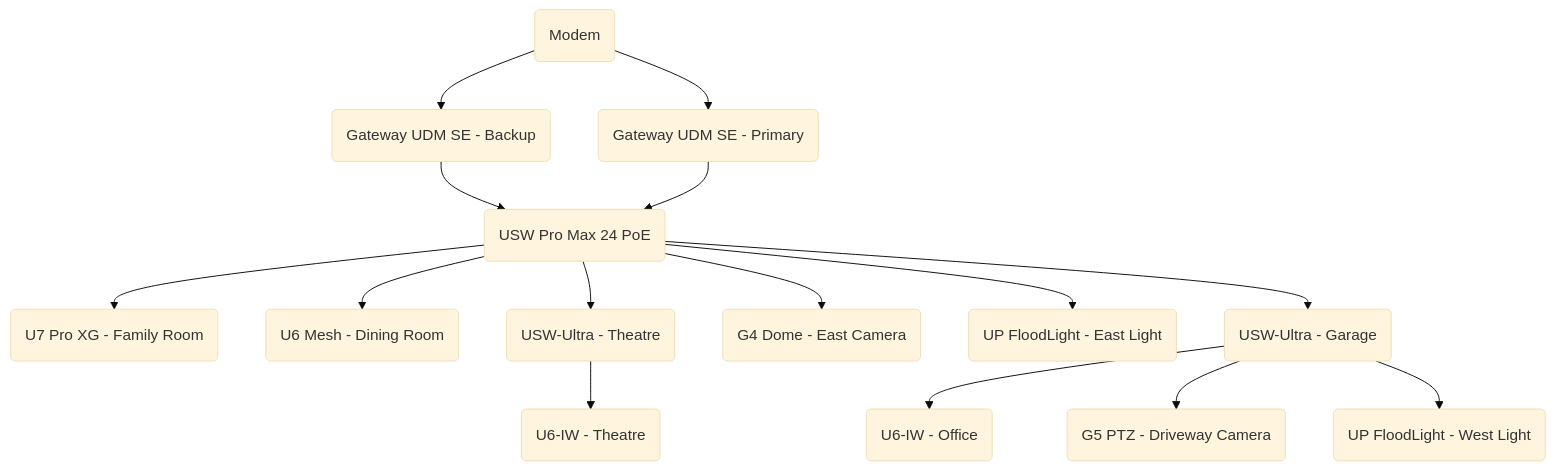
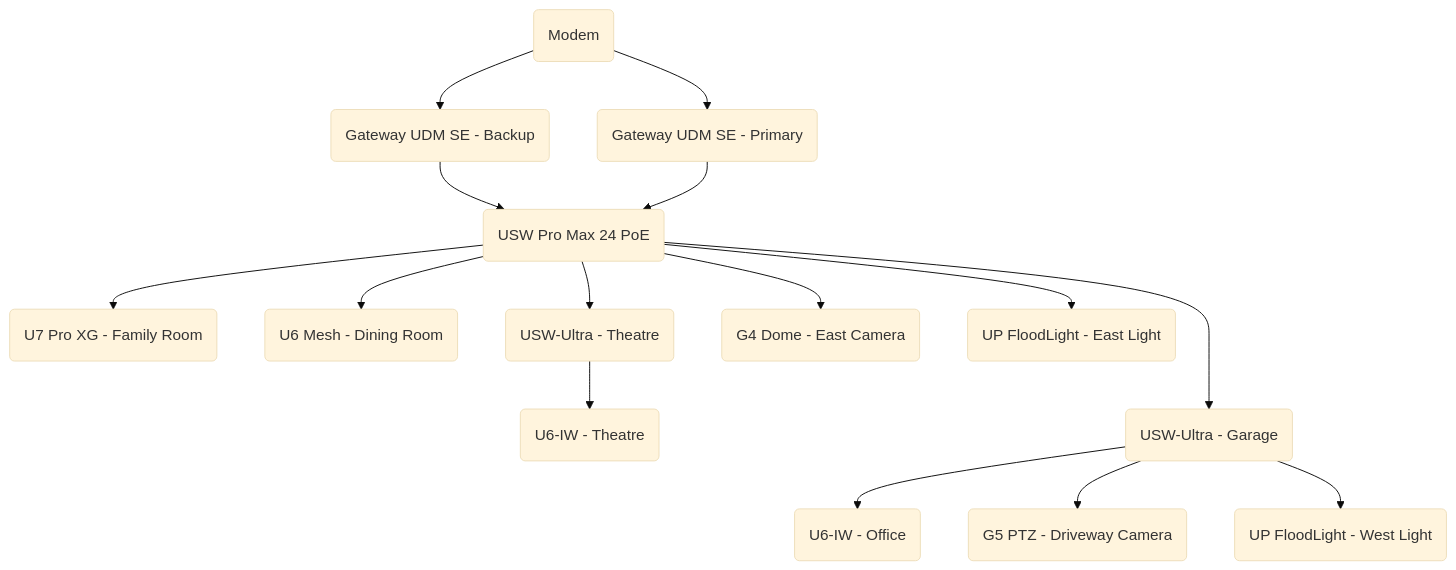
The third of 3 diagrams in README.md (jaredfiorali/infrastructure), drawn with Mermaid (base theme) before and after one commit. The commit also changed other lines of this file, not shown here.

````diff
--- a/README.md
+++ b/README.md
@@ -179,17 +181,17 @@
 ```mermaid
 graph TD
     A(Modem) --> B(Gateway UDM SE - Backup)
     A(Modem) --> C(Gateway UDM SE - Primary)
     B(Gateway UDM SE - Backup) --> D(USW Pro Max 24 PoE)
     C(Gateway UDM SE - Primary) --> D(USW Pro Max 24 PoE)
     D(USW Pro Max 24 PoE) --> E(U7 Pro XG - Family Room)
     D(USW Pro Max 24 PoE) --> F(U6 Mesh - Dining Room)
     D(USW Pro Max 24 PoE) --> G(USW-Ultra - Theatre)
     G(USW-Ultra - Theatre) --> H(U6-IW - Theatre)
     D(USW Pro Max 24 PoE) --> I(G4 Dome - East Camera)
     D(USW Pro Max 24 PoE) --> J(UP FloodLight - East Light)
-    D(USW Pro Max 24 PoE) --> K(USW-Ultra - Garage)
+    D(USW Pro Max 24 PoE) ---> K(USW-Ultra - Garage)
     K(USW-Ultra - Garage) --> L(U6-IW - Office)
     K(USW-Ultra - Garage) --> M(G5 PTZ - Driveway Camera)
     K(USW-Ultra - Garage) --> N(UP FloodLight - West Light)
 ```
````
